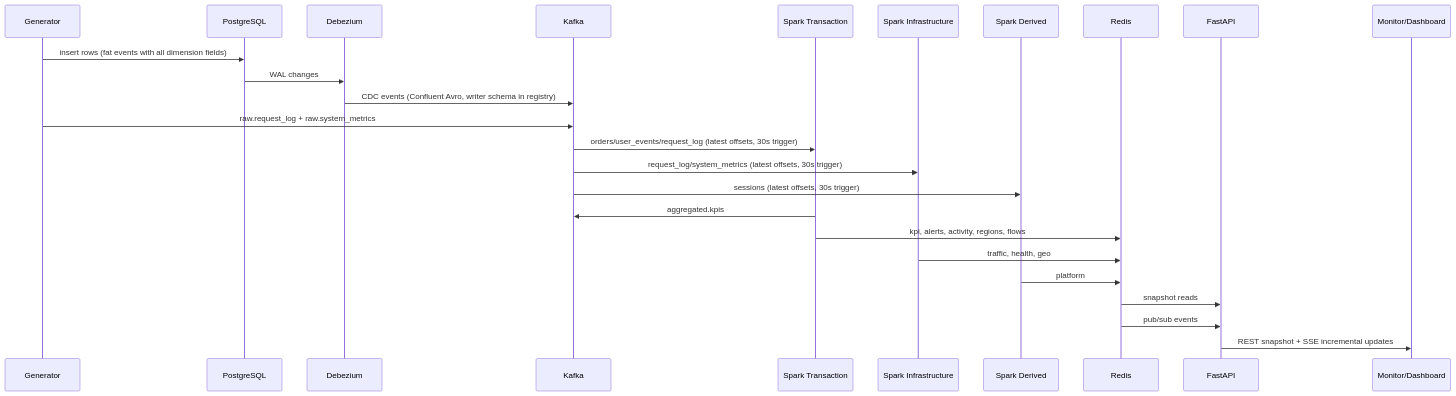
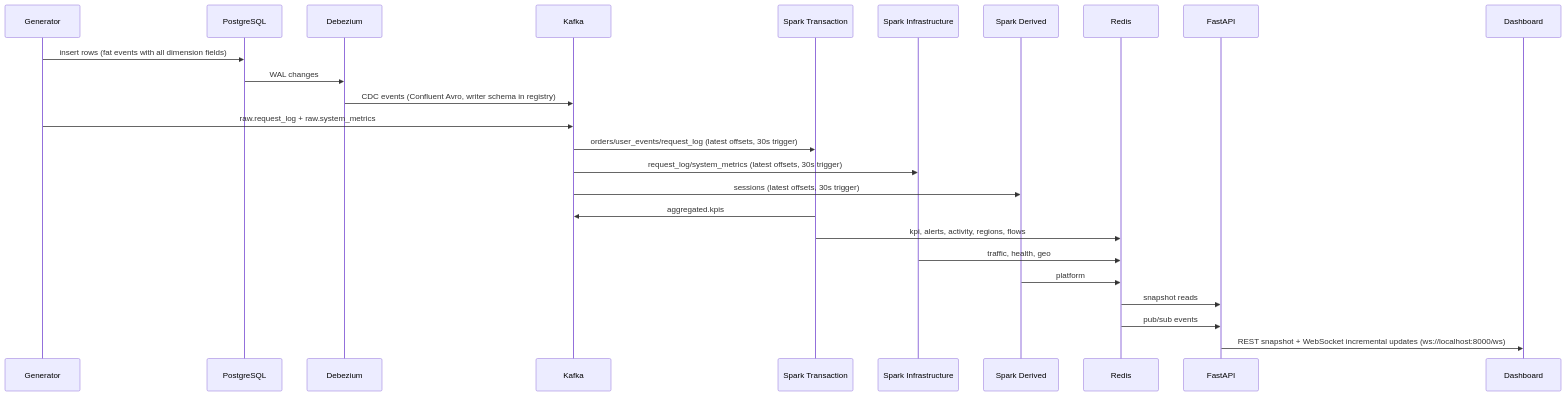
Before and after one commit to ANZER03/cdc-pipeline: the fifth of 5 diagrams in FLOW.md, drawn with Mermaid. The commit also changed other lines of this file and 4 other files, not shown here.

````diff
--- a/FLOW.md
+++ b/FLOW.md
@@ -412,31 +418,31 @@
 ```mermaid
 sequenceDiagram
     participant Gen as Generator
     participant PG as PostgreSQL
     participant DBZ as Debezium
     participant K as Kafka
     participant STX as Spark Transaction
     participant SINF as Spark Infrastructure
     participant SD as Spark Derived
     participant R as Redis
     participant API as FastAPI
-    participant UI as Monitor/Dashboard
+    participant UI as Dashboard
 
     Gen->>PG: insert rows (fat events with all dimension fields)
     PG->>DBZ: WAL changes
     DBZ->>K: CDC events (Confluent Avro, writer schema in registry)
     Gen->>K: raw.request_log + raw.system_metrics
 
     K->>STX: orders/user_events/request_log (latest offsets, 30s trigger)
     K->>SINF: request_log/system_metrics (latest offsets, 30s trigger)
     K->>SD: sessions (latest offsets, 30s trigger)
 
     STX->>K: aggregated.kpis
     STX->>R: kpi, alerts, activity, regions, flows
     SINF->>R: traffic, health, geo
     SD->>R: platform
 
     R->>API: snapshot reads
     R->>API: pub/sub events
-    API->>UI: REST snapshot + SSE incremental updates
+    API->>UI: REST snapshot + WebSocket incremental updates (ws://localhost:8000/ws)
 ```
````
